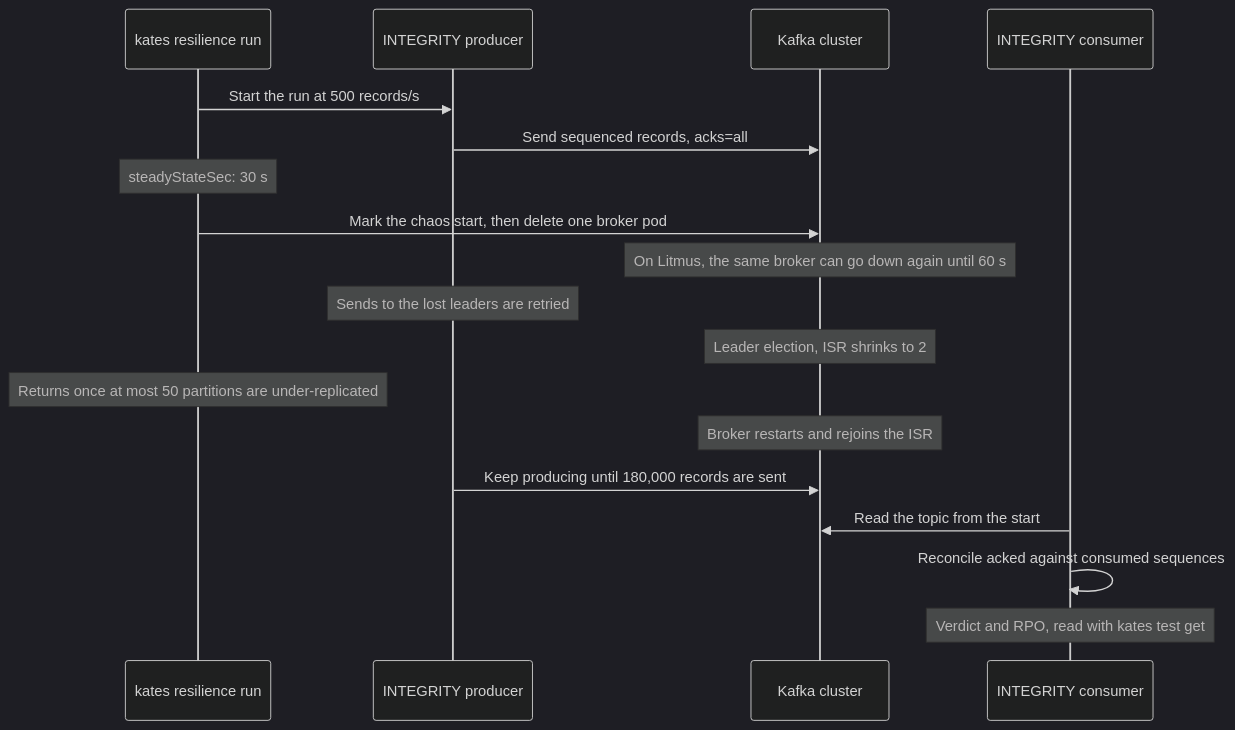
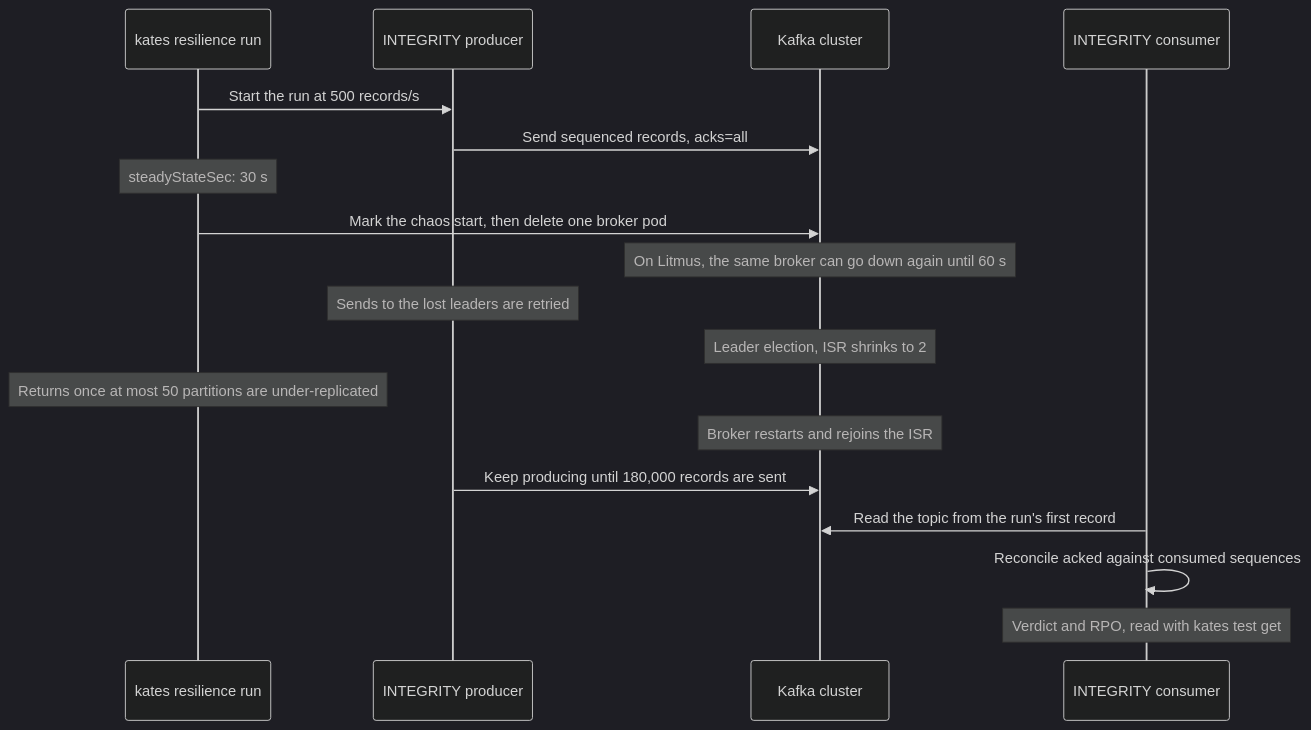
The third of 3 diagrams in docs/book/08-data-integrity.md (actions-marketplace-validations/bmscomp_kates), drawn with Mermaid (dark theme) before and after one commit. The commit also changed other lines of this file and 13 other files, not shown here.

````diff
--- a/docs/book/08-data-integrity.md
+++ b/docs/book/08-data-integrity.md
@@ -238,24 +238,24 @@
 ```mermaid
 %%| label: fig-integrity-under-chaos
 %%| fig-cap: "`kates resilience run` starts the INTEGRITY run, marks the chaos start and deletes a broker pod, and returns once at most 50 partitions are under-replicated; the verdict and RPO come later, from the INTEGRITY run itself."
-%%| fig-alt: "Sequence diagram with kates resilience run, the INTEGRITY producer, the Kafka cluster and the INTEGRITY consumer. The resilience run starts the producer at 500 records per second, and the producer sends sequenced records with acks=all. After 30 seconds of steady state, the resilience run marks the chaos start and deletes one broker pod, and, on LitmusChaos, the same broker can be deleted again until 60 seconds. Sends to the lost leaders are retried, a leader election runs and the ISR shrinks to 2. The resilience run returns once its probes pass, when at most 50 partitions are under-replicated. The broker restarts and rejoins the ISR, and the producer keeps going until 180,000 records are sent. The consumer then reads the topic from the start and reconciles acknowledged against consumed sequences, and the verdict and RPO are read with kates test get."
+%%| fig-alt: "Sequence diagram with kates resilience run, the INTEGRITY producer, the Kafka cluster and the INTEGRITY consumer. The resilience run starts the producer at 500 records per second, and the producer sends sequenced records with acks=all. After 30 seconds of steady state, the resilience run marks the chaos start and deletes one broker pod, and, on LitmusChaos, the same broker can be deleted again until 60 seconds. Sends to the lost leaders are retried, a leader election runs and the ISR shrinks to 2. The resilience run returns once its probes pass, when at most 50 partitions are under-replicated. The broker restarts and rejoins the ISR, and the producer keeps going until 180,000 records are sent. The consumer then reads the topic back from the run's first record and reconciles acknowledged against consumed sequences, and the verdict and RPO are read with kates test get."
 sequenceDiagram
     participant Res as kates resilience run
     participant Producer as INTEGRITY producer
     participant Kafka as Kafka cluster
     participant Consumer as INTEGRITY consumer
 
     Res->>Producer: Start the run at 500 records/s
     Producer->>Kafka: Send sequenced records, acks=all
     Note over Res: steadyStateSec: 30 s
     Res->>Kafka: Mark the chaos start, then delete one broker pod
     Note over Kafka: On Litmus, the same broker can go down again until 60 s
     Note over Producer: Sends to the lost leaders are retried
     Note over Kafka: Leader election, ISR shrinks to 2
     Note over Res: Returns once at most 50 partitions are under-replicated
     Note over Kafka: Broker restarts and rejoins the ISR
     Producer->>Kafka: Keep producing until 180,000 records are sent
-    Consumer->>Kafka: Read the topic from the start
+    Consumer->>Kafka: Read the topic from the run's first record
     Consumer->>Consumer: Reconcile acked against consumed sequences
     Note over Consumer: Verdict and RPO, read with kates test get
 ```
````
